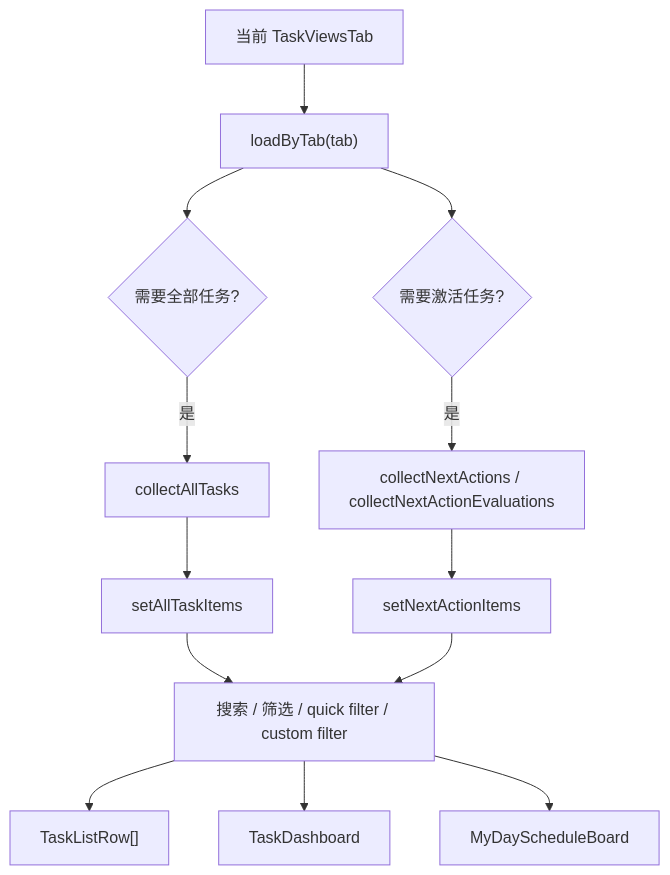
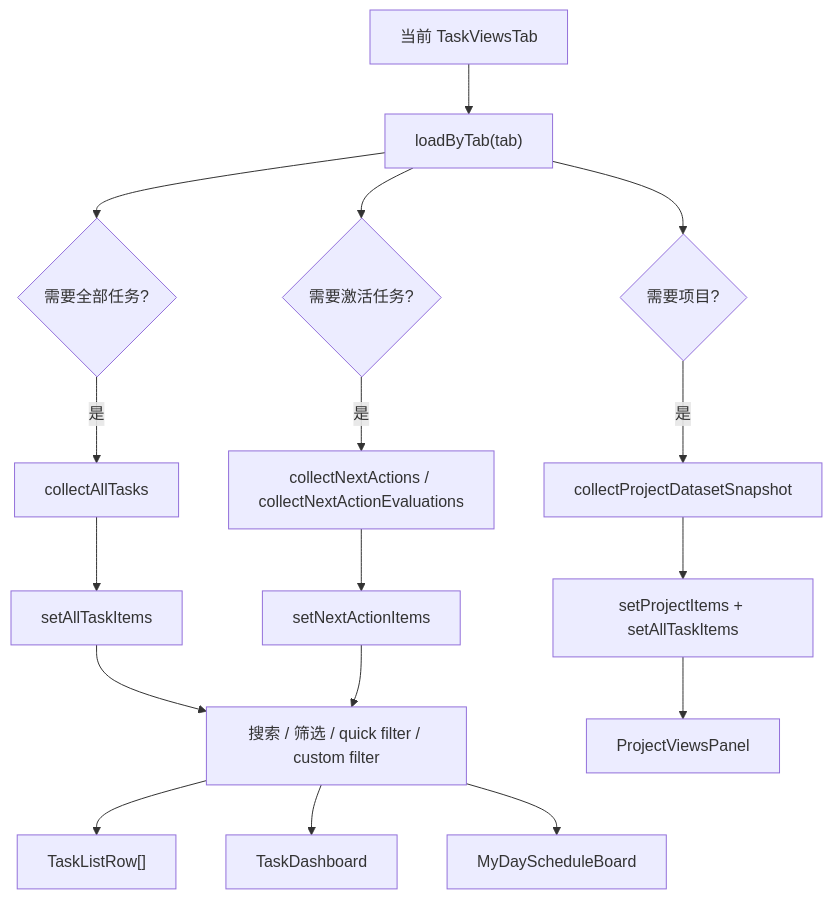
One commit to litcu/orca-plugin-task-planner changed the third of 7 diagrams in doc/数据流/04-查询与视图数据流.md. Above: the diagram before and after it, drawn with Mermaid. The commit also changed other lines of this file and 25 other files, not shown here.

````diff
--- a/doc/数据流/04-查询与视图数据流.md
+++ b/doc/数据流/04-查询与视图数据流.md
@@ -70,15 +75,19 @@
 ```mermaid
 flowchart TD
   Tab["当前 TaskViewsTab"] --> LoadByTab["loadByTab(tab)"]
   LoadByTab --> AllTasks{"需要全部任务?"}
   LoadByTab --> NextActions{"需要激活任务?"}
+  LoadByTab --> Projects{"需要项目?"}
   AllTasks -- 是 --> CollectAll["collectAllTasks"]
   NextActions -- 是 --> CollectNext["collectNextActions / collectNextActionEvaluations"]
+  Projects -- 是 --> CollectProjects["collectProjectDatasetSnapshot"]
   CollectAll --> StateAll["setAllTaskItems"]
   CollectNext --> StateNext["setNextActionItems"]
+  CollectProjects --> StateProjects["setProjectItems + setAllTaskItems"]
   StateAll --> Filters["搜索 / 筛选 / quick filter / custom filter"]
   StateNext --> Filters
+  StateProjects --> RenderProjects["ProjectViewsPanel"]
   Filters --> RenderRows["TaskListRow[]"]
   Filters --> RenderDashboard["TaskDashboard"]
   Filters --> RenderSchedule["MyDayScheduleBoard"]
 ```
````
